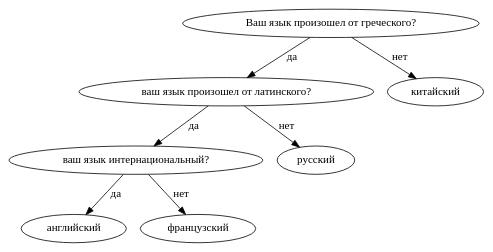
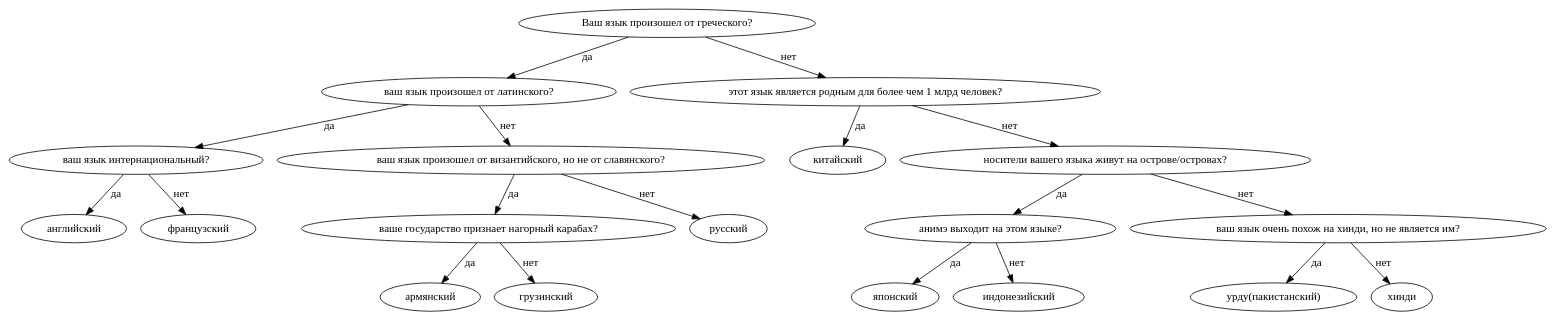
One commit to AlexKaravaev/ifmo changed the diagram in SPO/lab1/task1/test-output/question_tree.gv. Above: the diagram before and after it, drawn with Graphviz. The commit also changed 2 other files, not shown here.

```diff
--- a/SPO/lab1/task1/test-output/question_tree.gv
+++ b/SPO/lab1/task1/test-output/question_tree.gv
@@ -1,19 +1,49 @@
 // Дерево вопросов
 digraph {
-	"['Ваш язык произошел от греческого?', ['ваш язык произошел от латинского?', ['ваш язык интернациональный?', 'английский', 'французский'], 'русский'], 'китайский']" [label="Ваш язык произошел от греческого?"]
-	"['Ваш язык произошел от греческого?', ['ваш язык произошел от латинского?', ['ваш язык интернациональный?', 'английский', 'французский'], 'русский'], 'китайский']" -> "['ваш язык произошел от латинского?', ['ваш язык интернациональный?', 'английский', 'французский'], 'русский']" [label="да"]
-	"['ваш язык произошел от латинского?', ['ваш язык интернациональный?', 'английский', 'французский'], 'русский']" [label="ваш язык произошел от латинского?"]
-	"['ваш язык произошел от латинского?', ['ваш язык интернациональный?', 'английский', 'французский'], 'русский']" -> "['ваш язык интернациональный?', 'английский', 'французский']" [label="да"]
+	"['Ваш язык произошел от греческого?', ['ваш язык произошел от латинского?', ['ваш язык интернациональный?', 'английский', 'французский'], ['ваш язык произошел от византийского, но не от славянского?', ['ваше государство признает нагорный карабах?', 'армянский', 'грузинский'], 'русский']], ['этот язык является родным для более чем 1 млрд человек?', 'китайский', ['носители вашего языка живут на острове/островах?', ['анимэ выходит на этом языке?', 'японский', 'индонезийский'], ['ваш язык очень похож на хинди, но не является им?', 'урду(пакистанский)', 'хинди']]]]" [label="Ваш язык произошел от греческого?"]
+	"['Ваш язык произошел от греческого?', ['ваш язык произошел от латинского?', ['ваш язык интернациональный?', 'английский', 'французский'], ['ваш язык произошел от византийского, но не от славянского?', ['ваше государство признает нагорный карабах?', 'армянский', 'грузинский'], 'русский']], ['этот язык является родным для более чем 1 млрд человек?', 'китайский', ['носители вашего языка живут на острове/островах?', ['анимэ выходит на этом языке?', 'японский', 'индонезийский'], ['ваш язык очень похож на хинди, но не является им?', 'урду(пакистанский)', 'хинди']]]]" -> "['ваш язык произошел от латинского?', ['ваш язык интернациональный?', 'английский', 'французский'], ['ваш язык произошел от византийского, но не от славянского?', ['ваше государство признает нагорный карабах?', 'армянский', 'грузинский'], 'русский']]" [label="да"]
+	"['ваш язык произошел от латинского?', ['ваш язык интернациональный?', 'английский', 'французский'], ['ваш язык произошел от византийского, но не от славянского?', ['ваше государство признает нагорный карабах?', 'армянский', 'грузинский'], 'русский']]" [label="ваш язык произошел от латинского?"]
+	"['ваш язык произошел от латинского?', ['ваш язык интернациональный?', 'английский', 'французский'], ['ваш язык произошел от византийского, но не от славянского?', ['ваше государство признает нагорный карабах?', 'армянский', 'грузинский'], 'русский']]" -> "['ваш язык интернациональный?', 'английский', 'французский']" [label="да"]
 	"['ваш язык интернациональный?', 'английский', 'французский']" [label="ваш язык интернациональный?"]
 	"['ваш язык интернациональный?', 'английский', 'французский']" -> "английский" [label="да"]
 	"английский" [label="английский"]
 	"['ваш язык интернациональный?', 'английский', 'французский']" [label="ваш язык интернациональный?"]
 	"['ваш язык интернациональный?', 'английский', 'французский']" -> "французский" [label="нет"]
 	"французский" [label="французский"]
-	"['ваш язык произошел от латинского?', ['ваш язык интернациональный?', 'английский', 'французский'], 'русский']" [label="ваш язык произошел от латинского?"]
-	"['ваш язык произошел от латинского?', ['ваш язык интернациональный?', 'английский', 'французский'], 'русский']" -> "русский" [label="нет"]
+	"['ваш язык произошел от латинского?', ['ваш язык интернациональный?', 'английский', 'французский'], ['ваш язык произошел от византийского, но не от славянского?', ['ваше государство признает нагорный карабах?', 'армянский', 'грузинский'], 'русский']]" [label="ваш язык произошел от латинского?"]
+	"['ваш язык произошел от латинского?', ['ваш язык интернациональный?', 'английский', 'французский'], ['ваш язык произошел от византийского, но не от славянского?', ['ваше государство признает нагорный карабах?', 'армянский', 'грузинский'], 'русский']]" -> "['ваш язык произошел от византийского, но не от славянского?', ['ваше государство признает нагорный карабах?', 'армянский', 'грузинский'], 'русский']" [label="нет"]
+	"['ваш язык произошел от византийского, но не от славянского?', ['ваше государство признает нагорный карабах?', 'армянский', 'грузинский'], 'русский']" [label="ваш язык произошел от византийского, но не от славянского?"]
+	"['ваш язык произошел от византийского, но не от славянского?', ['ваше государство признает нагорный карабах?', 'армянский', 'грузинский'], 'русский']" -> "['ваше государство признает нагорный карабах?', 'армянский', 'грузинский']" [label="да"]
+	"['ваше государство признает нагорный карабах?', 'армянский', 'грузинский']" [label="ваше государство признает нагорный карабах?"]
+	"['ваше государство признает нагорный карабах?', 'армянский', 'грузинский']" -> "армянский" [label="да"]
+	"армянский" [label="армянский"]
+	"['ваше государство признает нагорный карабах?', 'армянский', 'грузинский']" [label="ваше государство признает нагорный карабах?"]
+	"['ваше государство признает нагорный карабах?', 'армянский', 'грузинский']" -> "грузинский" [label="нет"]
+	"грузинский" [label="грузинский"]
+	"['ваш язык произошел от византийского, но не от славянского?', ['ваше государство признает нагорный карабах?', 'армянский', 'грузинский'], 'русский']" [label="ваш язык произошел от византийского, но не от славянского?"]
+	"['ваш язык произошел от византийского, но не от славянского?', ['ваше государство признает нагорный карабах?', 'армянский', 'грузинский'], 'русский']" -> "русский" [label="нет"]
 	"русский" [label="русский"]
-	"['Ваш язык произошел от греческого?', ['ваш язык произошел от латинского?', ['ваш язык интернациональный?', 'английский', 'французский'], 'русский'], 'китайский']" [label="Ваш язык произошел от греческого?"]
-	"['Ваш язык произошел от греческого?', ['ваш язык произошел от латинского?', ['ваш язык интернациональный?', 'английский', 'французский'], 'русский'], 'китайский']" -> "китайский" [label="нет"]
+	"['Ваш язык произошел от греческого?', ['ваш язык произошел от латинского?', ['ваш язык интернациональный?', 'английский', 'французский'], ['ваш язык произошел от византийского, но не от славянского?', ['ваше государство признает нагорный карабах?', 'армянский', 'грузинский'], 'русский']], ['этот язык является родным для более чем 1 млрд человек?', 'китайский', ['носители вашего языка живут на острове/островах?', ['анимэ выходит на этом языке?', 'японский', 'индонезийский'], ['ваш язык очень похож на хинди, но не является им?', 'урду(пакистанский)', 'хинди']]]]" [label="Ваш язык произошел от греческого?"]
+	"['Ваш язык произошел от греческого?', ['ваш язык произошел от латинского?', ['ваш язык интернациональный?', 'английский', 'французский'], ['ваш язык произошел от византийского, но не от славянского?', ['ваше государство признает нагорный карабах?', 'армянский', 'грузинский'], 'русский']], ['этот язык является родным для более чем 1 млрд человек?', 'китайский', ['носители вашего языка живут на острове/островах?', ['анимэ выходит на этом языке?', 'японский', 'индонезийский'], ['ваш язык очень похож на хинди, но не является им?', 'урду(пакистанский)', 'хинди']]]]" -> "['этот язык является родным для более чем 1 млрд человек?', 'китайский', ['носители вашего языка живут на острове/островах?', ['анимэ выходит на этом языке?', 'японский', 'индонезийский'], ['ваш язык очень похож на хинди, но не является им?', 'урду(пакистанский)', 'хинди']]]" [label="нет"]
+	"['этот язык является родным для более чем 1 млрд человек?', 'китайский', ['носители вашего языка живут на острове/островах?', ['анимэ выходит на этом языке?', 'японский', 'индонезийский'], ['ваш язык очень похож на хинди, но не является им?', 'урду(пакистанский)', 'хинди']]]" [label="этот язык является родным для более чем 1 млрд человек?"]
+	"['этот язык является родным для более чем 1 млрд человек?', 'китайский', ['носители вашего языка живут на острове/островах?', ['анимэ выходит на этом языке?', 'японский', 'индонезийский'], ['ваш язык очень похож на хинди, но не является им?', 'урду(пакистанский)', 'хинди']]]" -> "китайский" [label="да"]
 	"китайский" [label="китайский"]
+	"['этот язык является родным для более чем 1 млрд человек?', 'китайский', ['носители вашего языка живут на острове/островах?', ['анимэ выходит на этом языке?', 'японский', 'индонезийский'], ['ваш язык очень похож на хинди, но не является им?', 'урду(пакистанский)', 'хинди']]]" [label="этот язык является родным для более чем 1 млрд человек?"]
+	"['этот язык является родным для более чем 1 млрд человек?', 'китайский', ['носители вашего языка живут на острове/островах?', ['анимэ выходит на этом языке?', 'японский', 'индонезийский'], ['ваш язык очень похож на хинди, но не является им?', 'урду(пакистанский)', 'хинди']]]" -> "['носители вашего языка живут на острове/островах?', ['анимэ выходит на этом языке?', 'японский', 'индонезийский'], ['ваш язык очень похож на хинди, но не является им?', 'урду(пакистанский)', 'хинди']]" [label="нет"]
+	"['носители вашего языка живут на острове/островах?', ['анимэ выходит на этом языке?', 'японский', 'индонезийский'], ['ваш язык очень похож на хинди, но не является им?', 'урду(пакистанский)', 'хинди']]" [label="носители вашего языка живут на острове/островах?"]
+	"['носители вашего языка живут на острове/островах?', ['анимэ выходит на этом языке?', 'японский', 'индонезийский'], ['ваш язык очень похож на хинди, но не является им?', 'урду(пакистанский)', 'хинди']]" -> "['анимэ выходит на этом языке?', 'японский', 'индонезийский']" [label="да"]
+	"['анимэ выходит на этом языке?', 'японский', 'индонезийский']" [label="анимэ выходит на этом языке?"]
+	"['анимэ выходит на этом языке?', 'японский', 'индонезийский']" -> "японский" [label="да"]
+	"японский" [label="японский"]
+	"['анимэ выходит на этом языке?', 'японский', 'индонезийский']" [label="анимэ выходит на этом языке?"]
+	"['анимэ выходит на этом языке?', 'японский', 'индонезийский']" -> "индонезийский" [label="нет"]
+	"индонезийский" [label="индонезийский"]
+	"['носители вашего языка живут на острове/островах?', ['анимэ выходит на этом языке?', 'японский', 'индонезийский'], ['ваш язык очень похож на хинди, но не является им?', 'урду(пакистанский)', 'хинди']]" [label="носители вашего языка живут на острове/островах?"]
+	"['носители вашего языка живут на острове/островах?', ['анимэ выходит на этом языке?', 'японский', 'индонезийский'], ['ваш язык очень похож на хинди, но не является им?', 'урду(пакистанский)', 'хинди']]" -> "['ваш язык очень похож на хинди, но не является им?', 'урду(пакистанский)', 'хинди']" [label="нет"]
+	"['ваш язык очень похож на хинди, но не является им?', 'урду(пакистанский)', 'хинди']" [label="ваш язык очень похож на хинди, но не является им?"]
+	"['ваш язык очень похож на хинди, но не является им?', 'урду(пакистанский)', 'хинди']" -> "урду(пакистанский)" [label="да"]
+	"урду(пакистанский)" [label="урду(пакистанский)"]
+	"['ваш язык очень похож на хинди, но не является им?', 'урду(пакистанский)', 'хинди']" [label="ваш язык очень похож на хинди, но не является им?"]
+	"['ваш язык очень похож на хинди, но не является им?', 'урду(пакистанский)', 'хинди']" -> "хинди" [label="нет"]
+	"хинди" [label="хинди"]
 }
```
